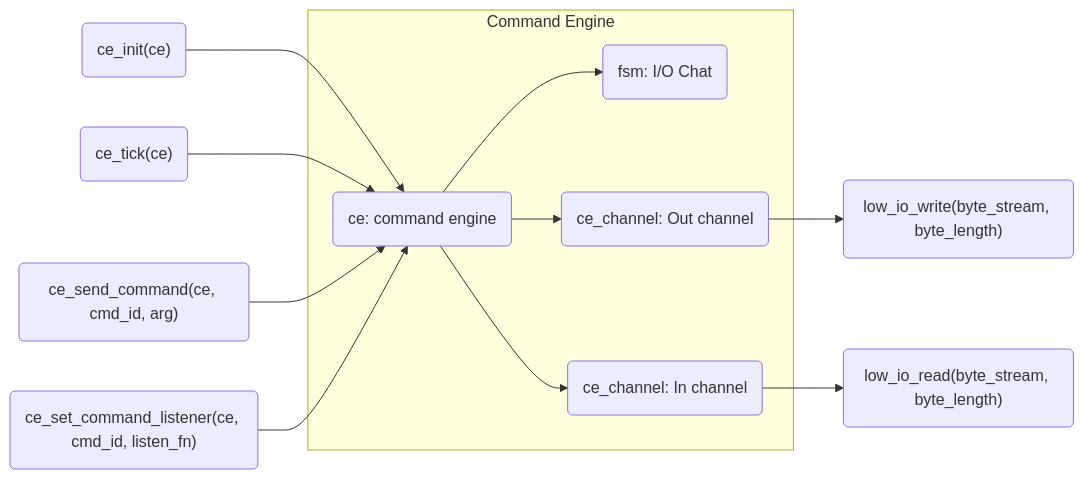
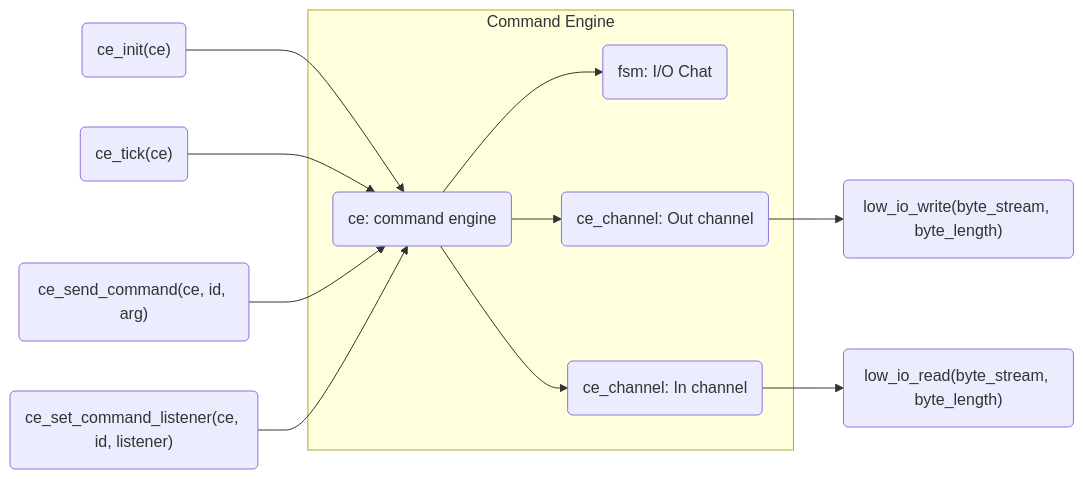
The first of 2 diagrams in doc/ce_command-engine.md (CieNTi/yacup), drawn with Mermaid before and after one commit. The commit also changed other lines of this file and 6 other files, not shown here.

Commit message:
send_command: high-level = id, low-level = command pointer

````diff
--- a/doc/ce_command-engine.md
+++ b/doc/ce_command-engine.md
@@ -1,20 +1,20 @@
 ```mermaid
 graph LR
 	ce(ce: command engine)
 	fsm.chat(fsm: I/O Chat)
 	ce_channel.out(ce_channel: Out channel)
 	ce_channel.in(ce_channel: In channel)
 	
     ce_init("ce_init(ce)") --> ce
     ce_tick("ce_tick(ce)") --> ce
-    ce_send_command("ce_send_command(ce, cmd_id, arg)") --> ce
-    ce_set_command_listener("ce_set_command_listener(ce, cmd_id, listen_fn)") --> ce
+    ce_send_command("ce_send_command(ce, id, arg)") --> ce
+    ce_set_command_listener("ce_set_command_listener(ce, id, listener)") --> ce
     subgraph "Command Engine"
     	ce
 		ce --> fsm.chat
 		ce --> ce_channel.out
 		ce --> ce_channel.in
     end
 	ce_channel.out --> low_io_write("low_io_write(byte_stream, byte_length)")
 	ce_channel.in --> low_io_read("low_io_read(byte_stream, byte_length)")
 ```
````
